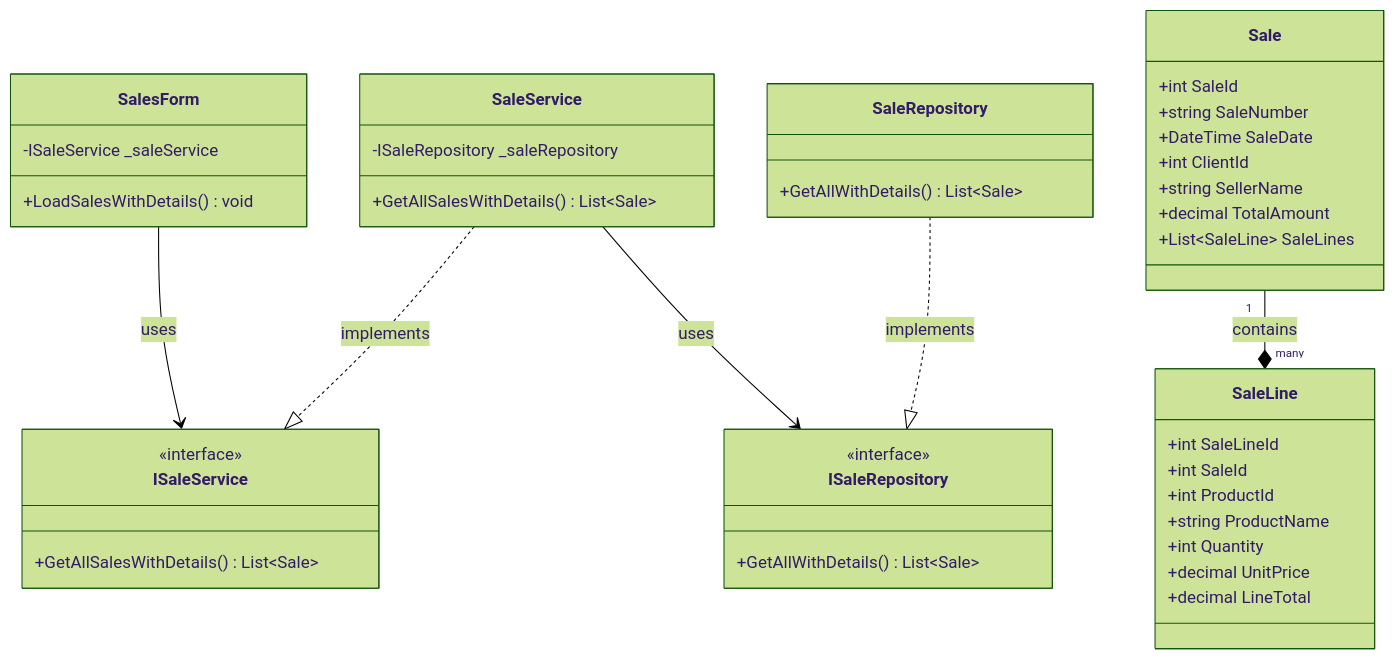
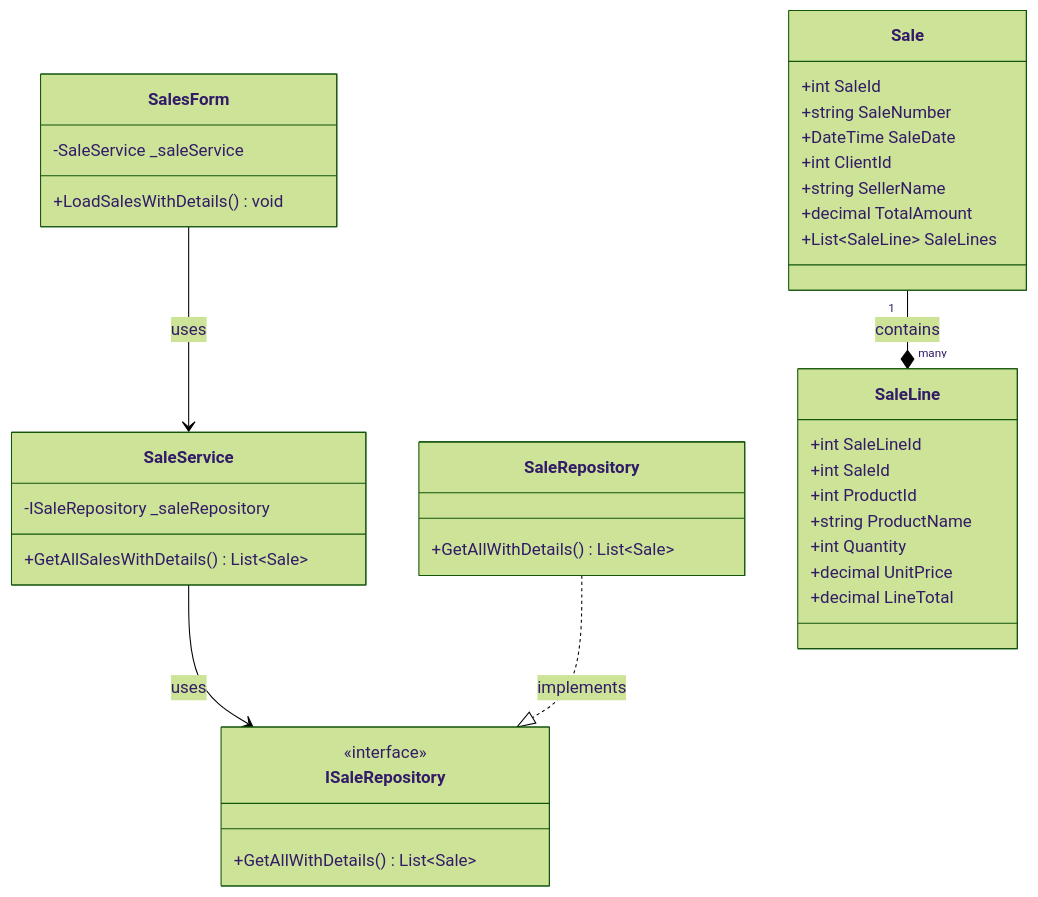
Before and after one commit to nahuk86/tp_diploma_nk_2026: the seventh of 24 diagrams in Documentation/UML_Diagrams/15_Sales_UseCases.md, drawn with Mermaid (forest theme). The commit also changed other lines of this file and 5 other files, not shown here.

First line of the commit message:
Fix UML documentation: remove non-existent BLL service interfaces

````diff
--- a/Documentation/UML_Diagrams/15_Sales_UseCases.md
+++ b/Documentation/UML_Diagrams/15_Sales_UseCases.md
@@ -312,52 +286,47 @@
 ```mermaid
 classDiagram
     class SalesForm {
-        -ISaleService _saleService
+        -SaleService _saleService
         +LoadSalesWithDetails() void
     }
 
-    class ISaleService {
-        <<interface>>
-        +GetAllSalesWithDetails() List~Sale~
-    }
 
     class SaleService {
         -ISaleRepository _saleRepository
         +GetAllSalesWithDetails() List~Sale~
     }
 
     class ISaleRepository {
         <<interface>>
         +GetAllWithDetails() List~Sale~
     }
 
     class SaleRepository {
         +GetAllWithDetails() List~Sale~
     }
 
     class Sale {
         +int SaleId
         +string SaleNumber
         +DateTime SaleDate
         +int ClientId
         +string SellerName
         +decimal TotalAmount
         +List~SaleLine~ SaleLines
     }
 
     class SaleLine {
         +int SaleLineId
         +int SaleId
         +int ProductId
         +string ProductName
         +int Quantity
         +decimal UnitPrice
         +decimal LineTotal
     }
 
-    SalesForm --> ISaleService : uses
-    SaleService ..|> ISaleService : implements
+    SalesForm --> SaleService : uses
     SaleService --> ISaleRepository : uses
     SaleRepository ..|> ISaleRepository : implements
     Sale "1" --* "many" SaleLine : contains
 ```
````
